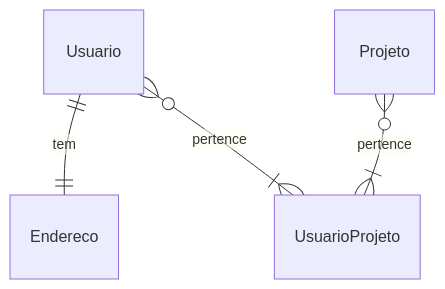
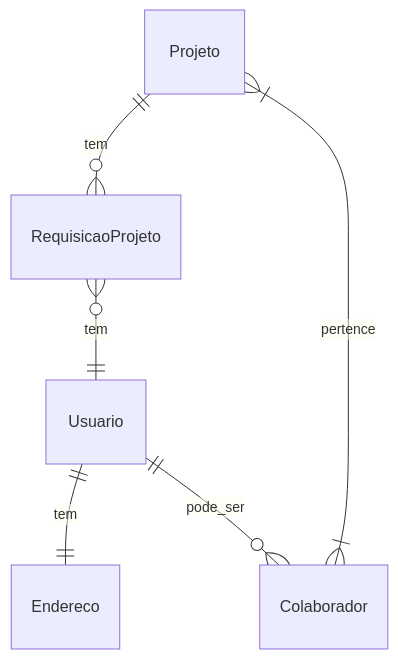
The diagram in docs/doc-modelos.md (guilhermecostam/coders_frontend), drawn with Mermaid before and after one commit. The commit also changed other lines of this file, not shown here.

````diff
--- a/docs/doc-modelos.md
+++ b/docs/doc-modelos.md
@@ -9,6 +9,8 @@
 ```mermaid
 erDiagram
+    Projeto ||--o{ RequisicaoProjeto : tem
+    RequisicaoProjeto }o--|| Usuario : tem
     Usuario ||--|| Endereco : tem
-    Usuario }o--|{ UsuarioProjeto : pertence
-    Projeto }o--|{ UsuarioProjeto : pertence
+    Usuario ||--o{ Colaborador : pode_ser
+    Projeto }|--|{ Colaborador : pertence
 ```
````
